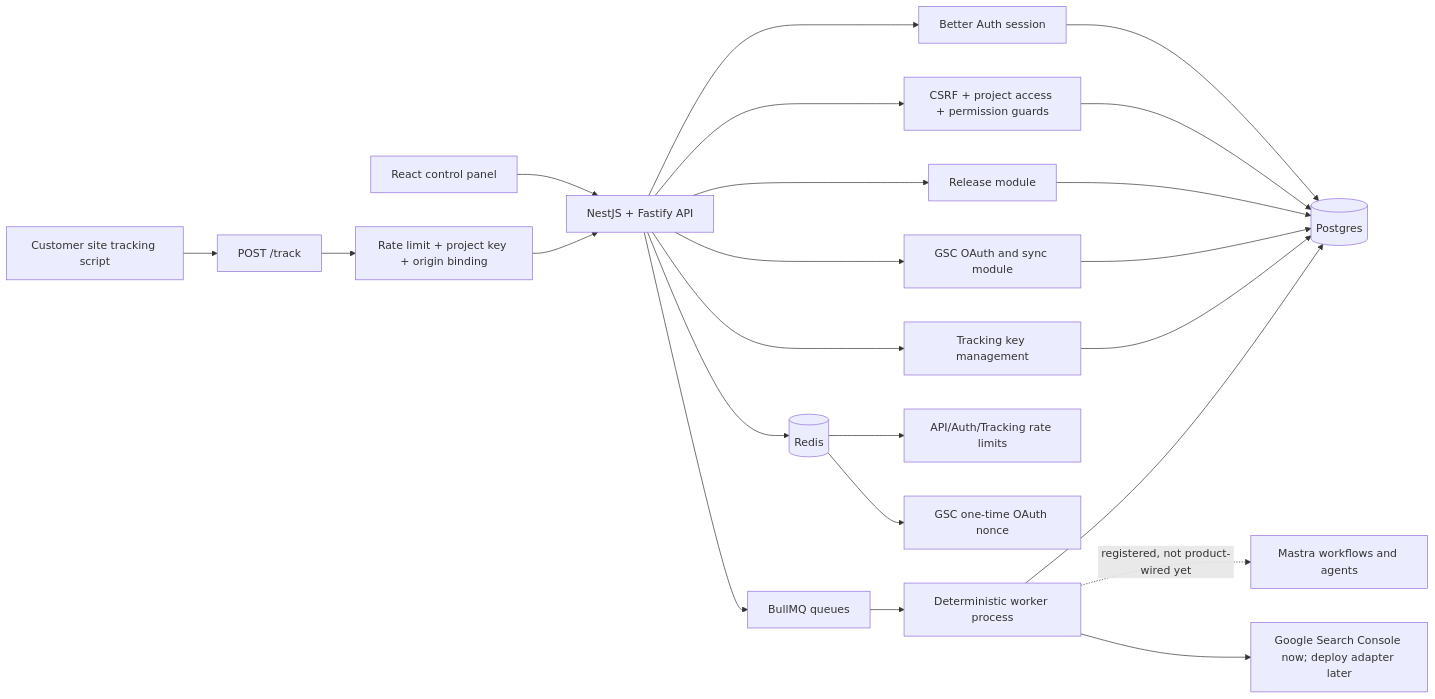
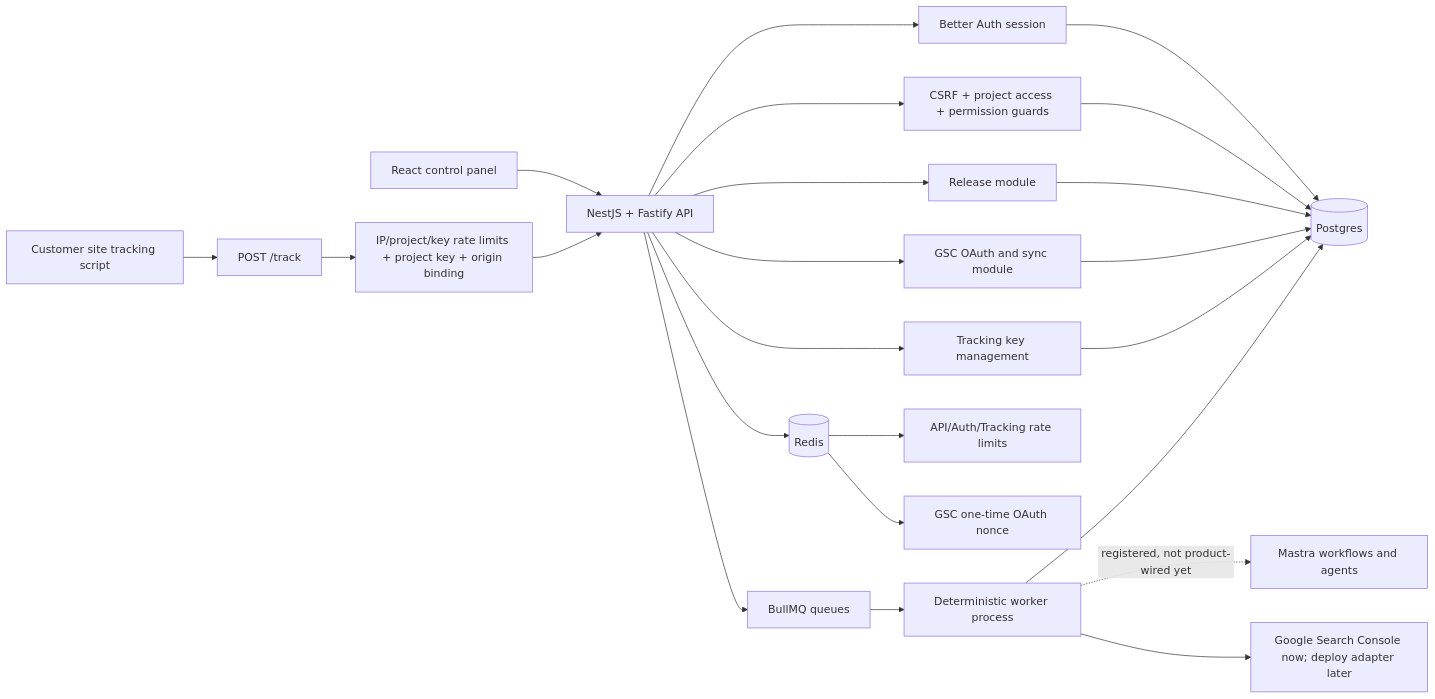
Before and after one commit to mayett515/Seo_automatisation: the first of 3 diagrams in docs/architecture/backend-foundation-status.md, drawn with Mermaid. The commit also changed other lines of this file, not shown here.

````diff
--- a/docs/architecture/backend-foundation-status.md
+++ b/docs/architecture/backend-foundation-status.md
@@ -9,30 +9,30 @@
 ```mermaid
 flowchart LR
   Web[React control panel] --> Api[NestJS + Fastify API]
   PublicSite[Customer site tracking script] --> Track[POST /track]
 
-  Track --> TrackingGuard[Rate limit + project key + origin binding]
+  Track --> TrackingGuard[IP/project/key rate limits + project key + origin binding]
   TrackingGuard --> Api
 
   Api --> Auth[Better Auth session]
   Api --> Guards[CSRF + project access + permission guards]
   Api --> Release[Release module]
   Api --> GSC[GSC OAuth and sync module]
   Api --> TrackingKeys[Tracking key management]
 
   Auth --> Postgres[(Postgres)]
   Guards --> Postgres
   Release --> Postgres
   GSC --> Postgres
   TrackingKeys --> Postgres
 
   Api --> Redis[(Redis)]
   Redis --> RateLimits[API/Auth/Tracking rate limits]
   Redis --> OAuthNonce[GSC one-time OAuth nonce]
 
   Api --> Queues[BullMQ queues]
   Queues --> Worker[Deterministic worker process]
   Worker -. registered, not product-wired yet .-> Mastra[Mastra workflows and agents]
   Worker --> Postgres
   Worker --> External[Google Search Console now; deploy adapter later]
 ```
````
